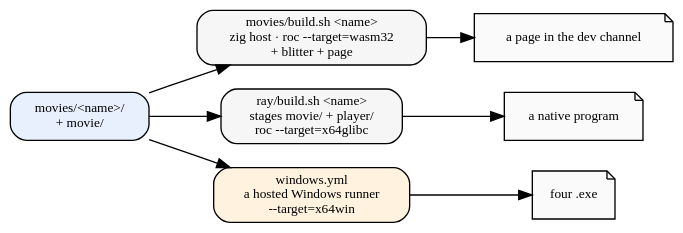
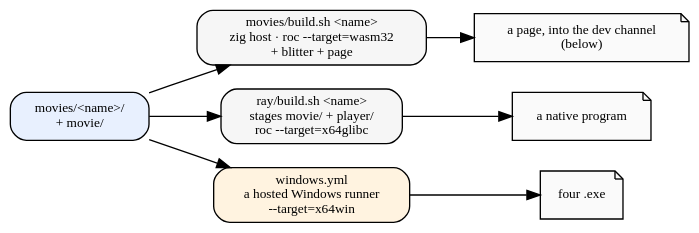
Before and after one commit to showell/essay-repl-server: the fourth of 5 diagrams in notes/four-movies-one-seam.md, drawn with Graphviz. The commit also changed other lines of this file, not shown here.

````diff
--- a/notes/four-movies-one-seam.md
+++ b/notes/four-movies-one-seam.md
@@ -294,19 +301,19 @@
 ```dot
 digraph build {
   rankdir=LR; bgcolor="transparent";
   node [shape=box, style="rounded,filled", fillcolor="#f6f6f6", color="#999", fontsize=10];
   edge [color="#666", fontsize=9];
 
   src [label="movies/<name>/\n+ movie/", fillcolor="#e8f0fe"];
   w   [label="movies/build.sh <name>\nzig host · roc --target=wasm32\n+ blitter + page"];
   r   [label="ray/build.sh <name>\nstages movie/ + player/\nroc --target=x64glibc"];
   gh  [label="windows.yml\na hosted Windows runner\n--target=x64win", fillcolor="#fff3e0"];
-  pg  [label="a page in the dev channel", shape=note, fillcolor="#fafafa"];
+  pg  [label="a page, into the dev channel\n(below)", shape=note, fillcolor="#fafafa"];
   ex  [label="a native program", shape=note, fillcolor="#fafafa"];
   we  [label="four .exe", shape=note, fillcolor="#fafafa"];
 
   src -> w -> pg;
   src -> r -> ex;
   src -> gh -> we;
 }
 ```
````
